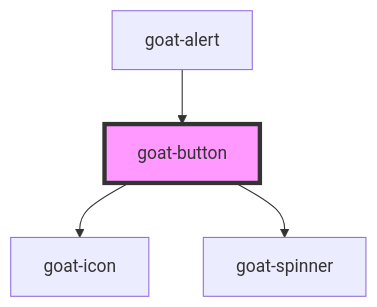
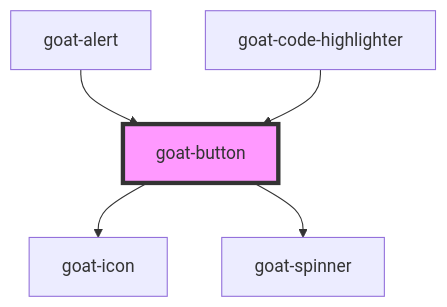
Before and after one commit to goatui/components: the diagram in src/components/form/button/readme.md, drawn with Mermaid. The commit also changed other lines of this file and 78 other files, not shown here.

````diff
--- a/src/components/form/button/readme.md
+++ b/src/components/form/button/readme.md
@@ -59,7 +60,8 @@
 ```mermaid
 graph TD;
   goat-button --> goat-icon
   goat-button --> goat-spinner
   goat-alert --> goat-button
+  goat-code-highlighter --> goat-button
   style goat-button fill:#f9f,stroke:#333,stroke-width:4px
 ```
````
